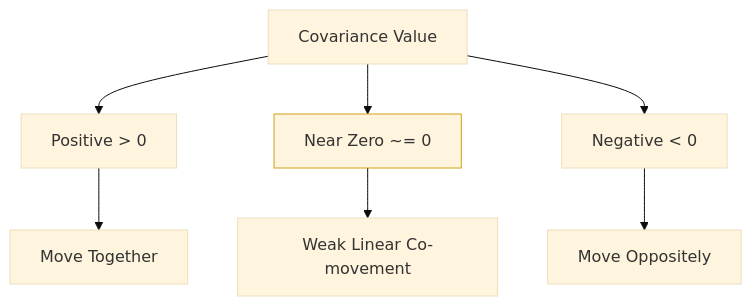
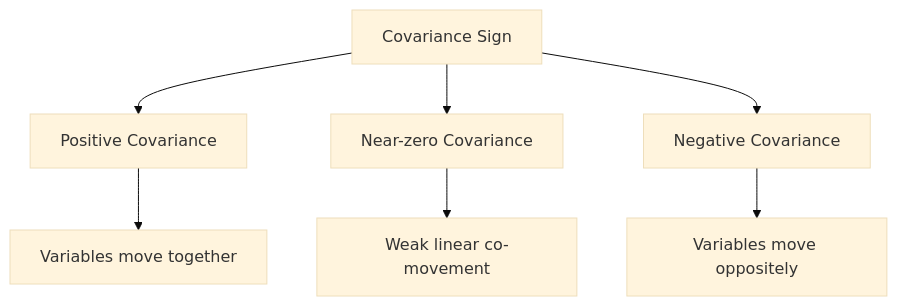
Before and after one commit to ilwon-seo/terms: the first of 2 diagrams in C/Covariance.md, drawn with Mermaid (base theme).

Commit message:
modified: C/Covariance.md mermaid syntax.

````diff
--- a/C/Covariance.md
+++ b/C/Covariance.md
@@ -123,13 +123,11 @@
 ```mermaid
 flowchart TD
-    C[Covariance Value]
-    C --> P[Positive > 0]
-    C --> Z[Near Zero ~= 0]
-    C --> N[Negative < 0]
+    C[Covariance Sign]
+    C --> P[Positive Covariance]
+    C --> Z[Near-zero Covariance]
+    C --> N[Negative Covariance]
 
-    P --> P1[Move Together]
-    N --> N1[Move Oppositely]
-    Z --> Z1[Weak Linear Co-movement]
-
-    style Z fill:#fff4dd,stroke:#d4a017
+    P --> P1[Variables move together]
+    N --> N1[Variables move oppositely]
+    Z --> Z1[Weak linear co-movement]
 ```
````
